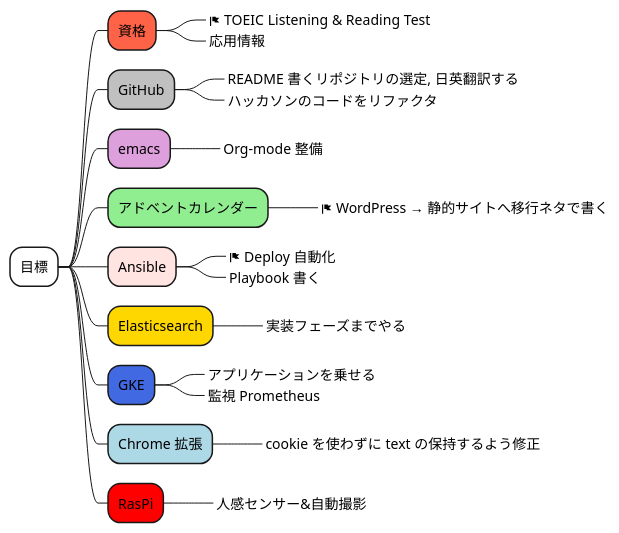
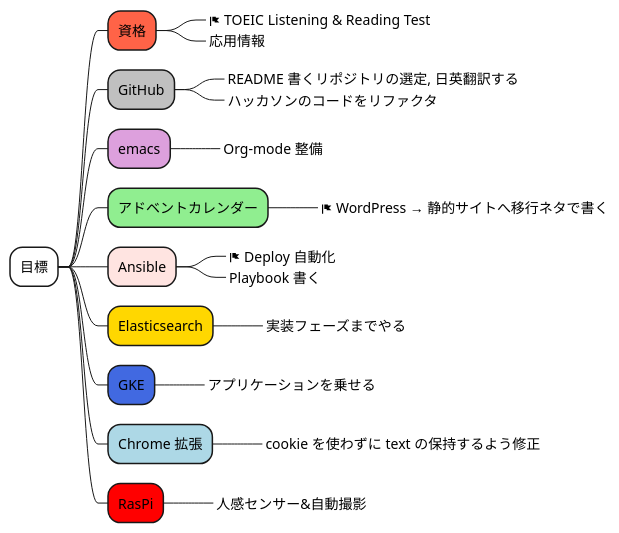
Before and after one commit to Ishizuka427/MindMap: the diagram in test.puml, drawn with PlantUML.

```diff
--- a/test.puml
+++ b/test.puml
@@ -1,25 +1,24 @@
 @startmindmap
 *[#white] 目標
 **[#tomato] 資格
 ***_ <&flag> TOEIC Listening & Reading Test
 ***_ 応用情報
 **[#silver] GitHub
 ***_ README 書くリポジトリの選定, 日英翻訳する
 ***_ ハッカソンのコードをリファクタ
 **[#plum] emacs
 ***_ Org-mode 整備
 **[#lightgreen] アドベントカレンダー
 ***_ <&flag> WordPress → 静的サイトへ移行ネタで書く
 **[#mistyrose] Ansible
 ***_ <&flag> Deploy 自動化
 ***_ Playbook 書く
 **[#gold] Elasticsearch
 ***_ 実装フェーズまでやる
 **[#royalblue] GKE
 ***_ アプリケーションを乗せる
-***_ 監視 Prometheus
 **[#lightblue] Chrome 拡張
 ***_ cookie を使わずに text の保持するよう修正
 **[#red] RasPi
 ***_ 人感センサー&自動撮影
 @endmindmap
```
